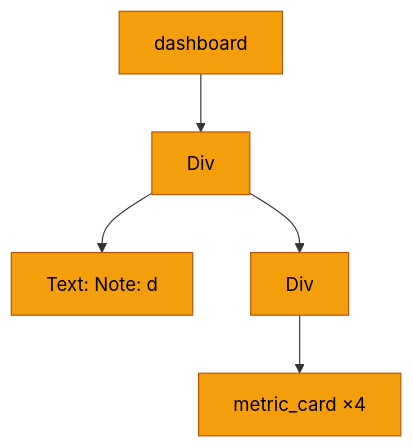
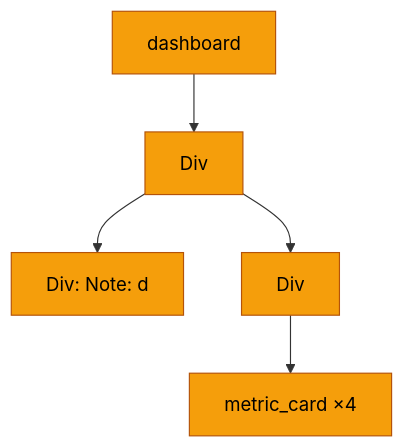
The first of 2 diagrams in docs/performance.md (JoshKarpel/counterweight), drawn with Mermaid before and after one commit. The commit also changed other lines of this file and 189 other files, not shown here.

````diff
--- a/docs/performance.md
+++ b/docs/performance.md
@@ -91,9 +91,9 @@
 ```mermaid
 flowchart TB
     dashboard["dashboard"]:::rerun --> column["Div"]:::rerun
-    column --> note_text["Text: Note: d"]:::rerun
+    column --> note_row["Div: Note: d"]:::rerun
     column --> cards_row["Div"]:::rerun
     cards_row --> cards["metric_card ×4"]:::rerun
 
     classDef rerun fill:#f59e0b,stroke:#b45309,color:#000
 ```
````
